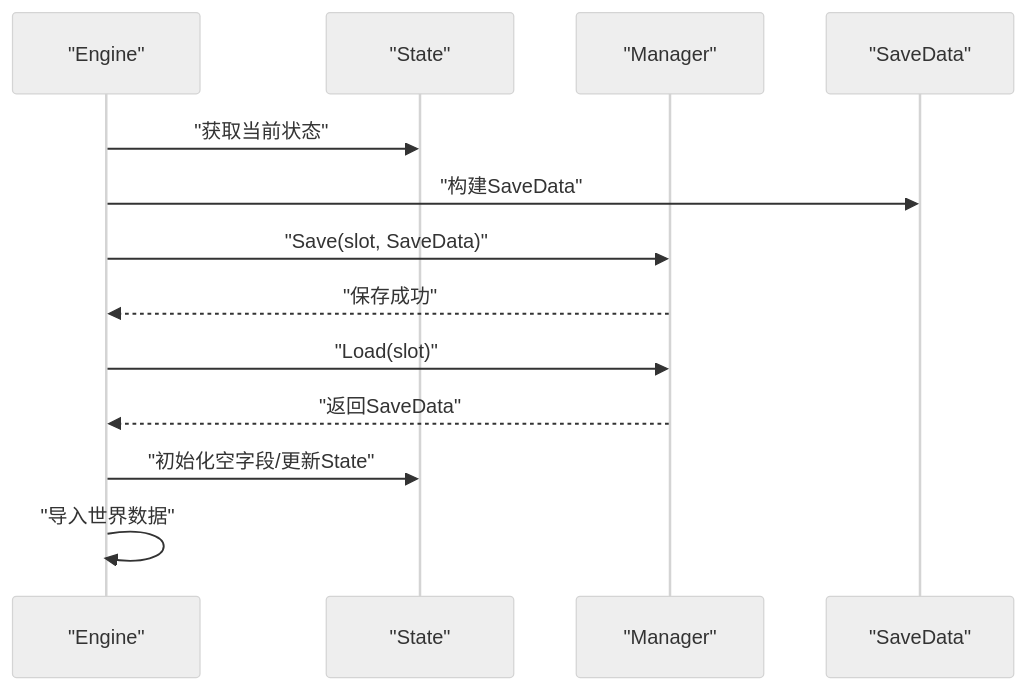
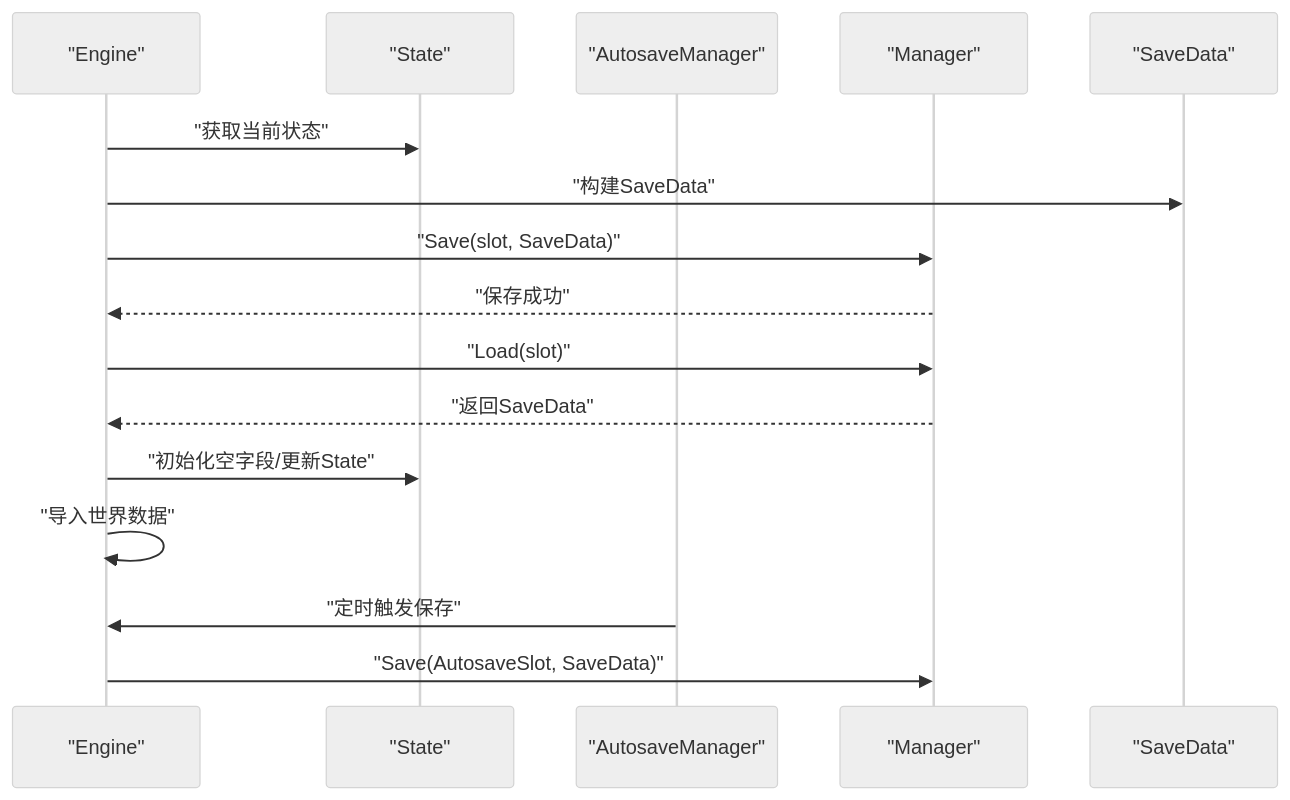
The sixth of 9 diagrams in .qoder/repowiki/zh/content/存档系统.md (zwh8800/cdnd), drawn with Mermaid (neutral theme) before and after one commit. The commit also changed other lines of this file and 23 other files, not shown here.

````diff
--- a/.qoder/repowiki/zh/content/存档系统.md
+++ b/.qoder/repowiki/zh/content/存档系统.md
@@ -264,15 +337,18 @@
 ```mermaid
 sequenceDiagram
 participant ENG as "Engine"
 participant ST as "State"
+participant ASMgr as "AutosaveManager"
 participant SM as "Manager"
 participant SD as "SaveData"
 ENG->>ST : "获取当前状态"
 ENG->>SD : "构建SaveData"
 ENG->>SM : "Save(slot, SaveData)"
 SM-->>ENG : "保存成功"
 ENG->>SM : "Load(slot)"
 SM-->>ENG : "返回SaveData"
 ENG->>ST : "初始化空字段/更新State"
 ENG->>ENG : "导入世界数据"
+ASMgr->>ENG : "定时触发保存"
+ENG->>SM : "Save(AutosaveSlot, SaveData)"
 ```
````
